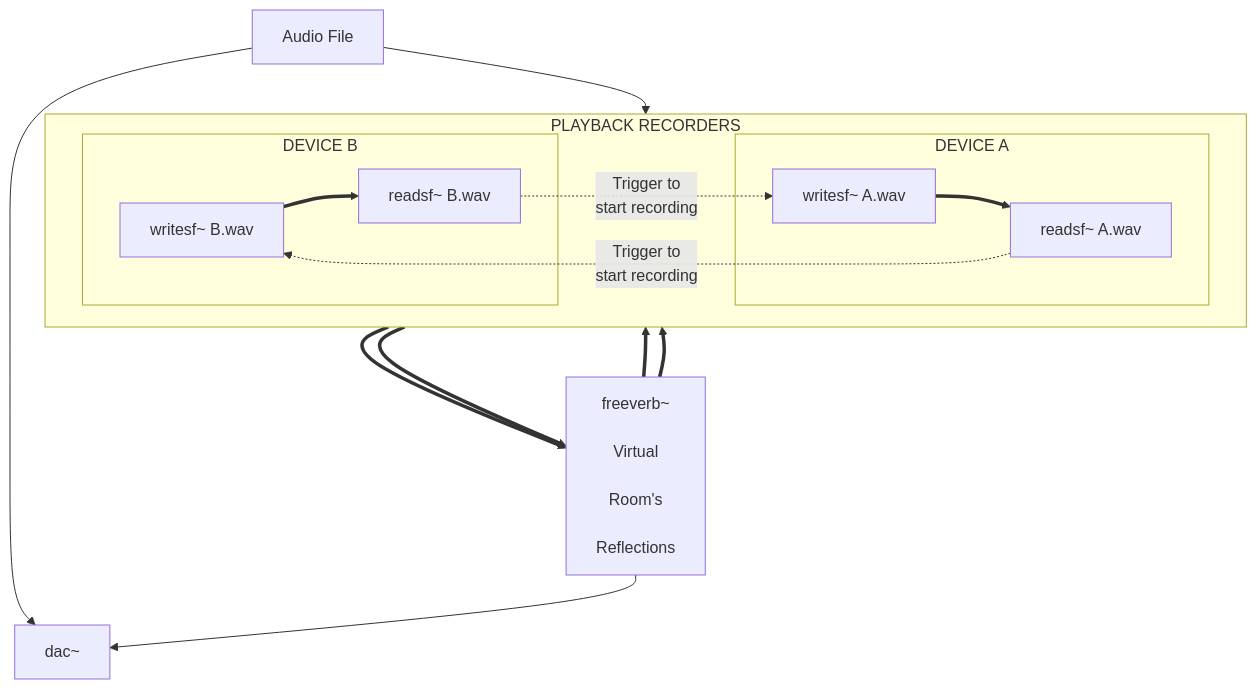
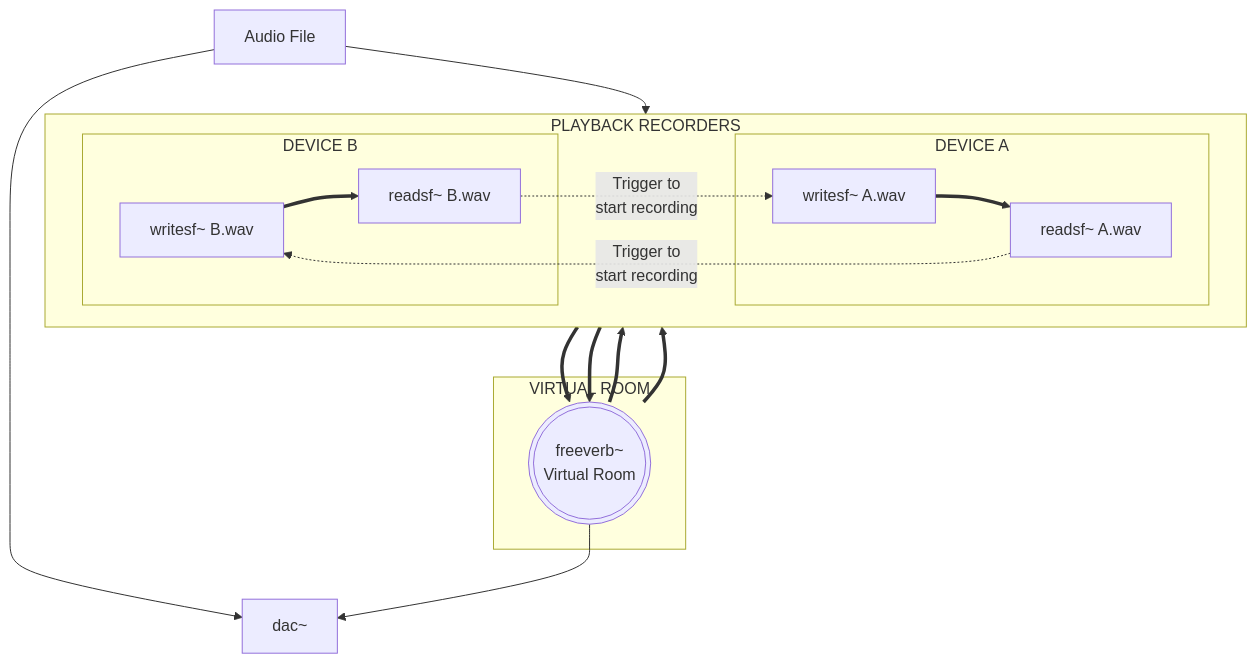
One commit to ezequielabregu/code-that-sounds changed the second of 3 diagrams in chapters/playrec.qmd. Above: the diagram before and after it, drawn with Mermaid. The commit also changed other lines of this file and 1 other file, not shown here.

Commit message:
Fix minor issues on diagrams

````diff
--- a/chapters/playrec.qmd
+++ b/chapters/playrec.qmd
@@ -201,42 +183,44 @@
 ```{mermaid}
 flowchart TB
   %% Top level source
   AudioFile[Audio File]
   
   %% Horizontal arrangement of recorders A and B
   subgraph PLAYBACK RECORDERS
     direction LR
     subgraph RecorderA [DEVICE A]
       RecordA[writesf~ A.wav]
       PlayA[readsf~ A.wav]
       RecordA ==> PlayA
     end
     
     subgraph RecorderB [DEVICE B]
       RecordB[writesf~ B.wav]
       PlayB[readsf~ B.wav]
       RecordB ==> PlayB
     end
   end
   
+  subgraph VIRTUAL ROOM
   %% Reverb block in the middle
-  VirtualRoom[freeverb~<br><br>Virtual<br><br>Room's<br><br>Reflections]
+    VirtualRoom(((freeverb~<br>Virtual Room)))
+  end  
   
   %% Output at the bottom  
   Output[dac~]
   
   %% Clear connections showing signal flow
   AudioFile --> RecordA
   AudioFile --> Output
   
   PlayA ==> VirtualRoom
   PlayB ==> VirtualRoom
   
   VirtualRoom ==> RecordB
   VirtualRoom ==> RecordA
   VirtualRoom --> Output
   
   %% Feedback path showing recursion
   PlayB -.->|"Trigger to<br> start recording"| RecordA
   PlayA -.->|"Trigger to<br> start recording"| RecordB
 ```
````
